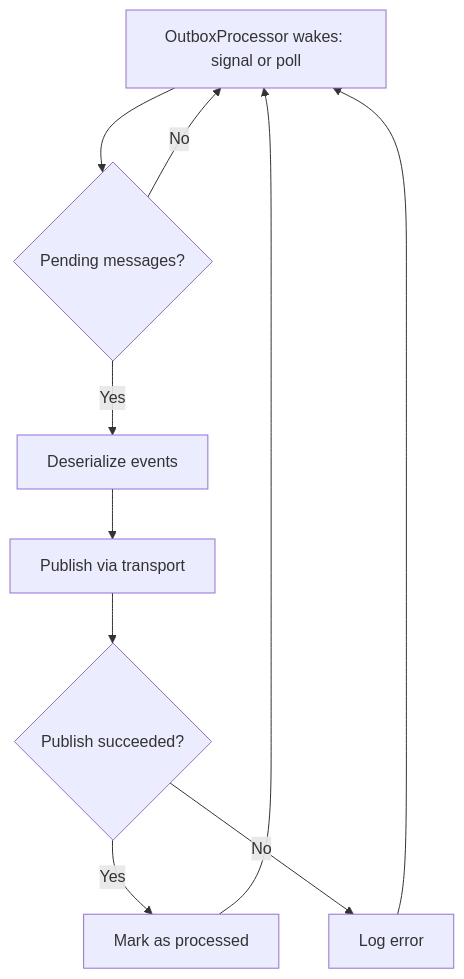
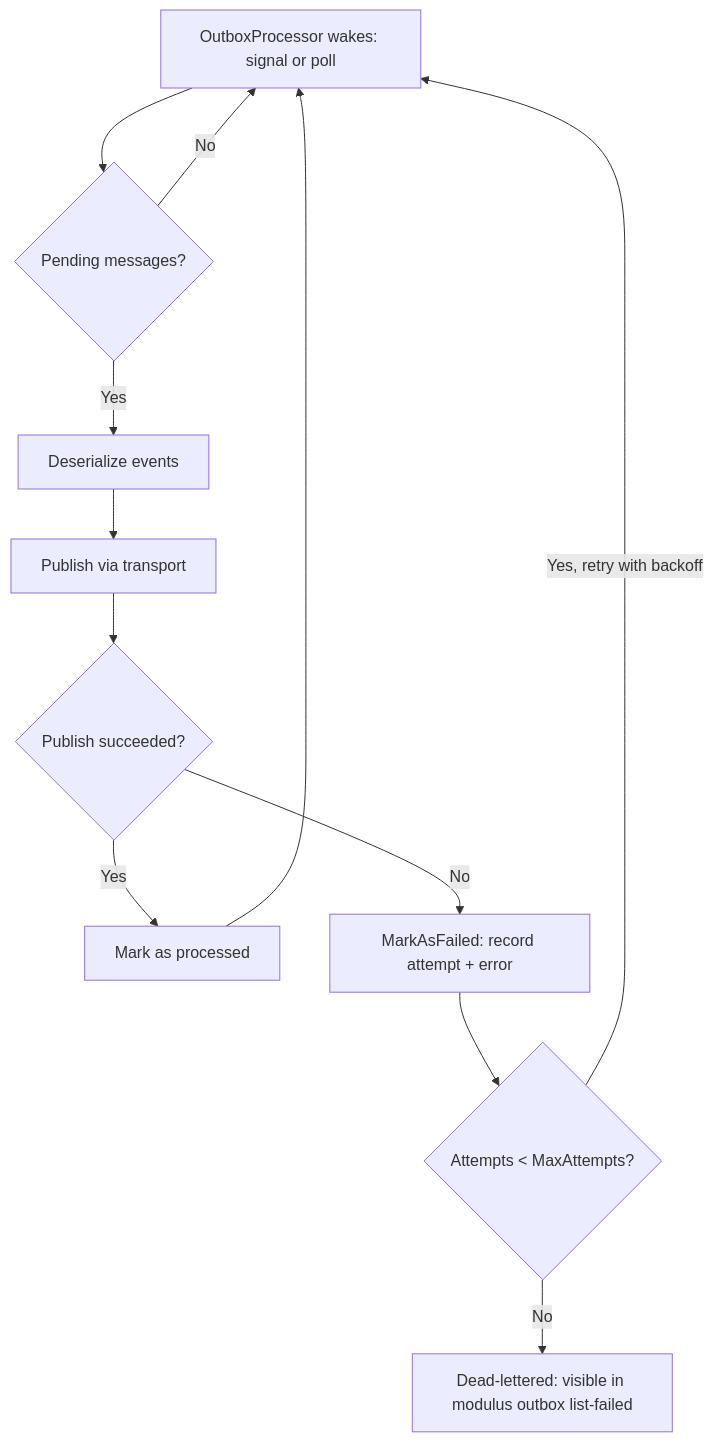
The second of 2 diagrams in docs/messaging/outbox-pattern.md (AdamWyatt34/Modulus), drawn with Mermaid before and after one commit. The commit also changed other lines of this file and 44 other files, not shown here.

````diff
--- a/docs/messaging/outbox-pattern.md
+++ b/docs/messaging/outbox-pattern.md
@@ -268,12 +343,14 @@
 ```mermaid
 flowchart TD
     A[OutboxProcessor wakes: signal or poll] --> B{Pending messages?}
     B -->|No| A
     B -->|Yes| C[Deserialize events]
     C --> D[Publish via transport]
     D --> E{Publish succeeded?}
     E -->|Yes| F[Mark as processed]
     F --> A
-    E -->|No| G[Log error]
-    G --> A
+    E -->|No| G[MarkAsFailed: record attempt + error]
+    G --> H{Attempts < MaxAttempts?}
+    H -->|Yes, retry with backoff| A
+    H -->|No| I[Dead-lettered: visible in modulus outbox list-failed]
 ```
````
